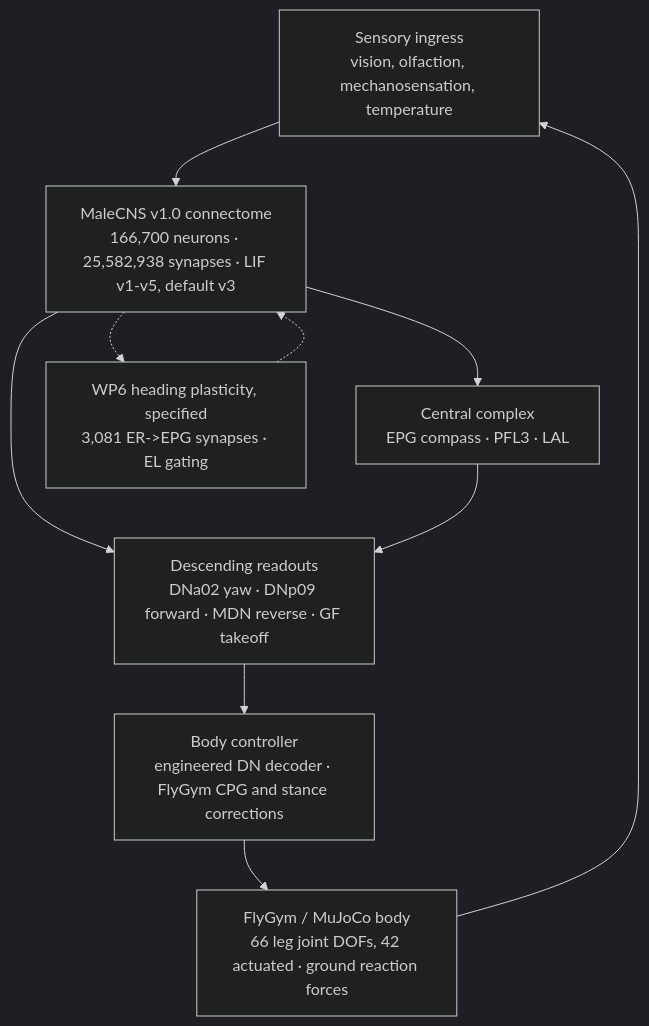
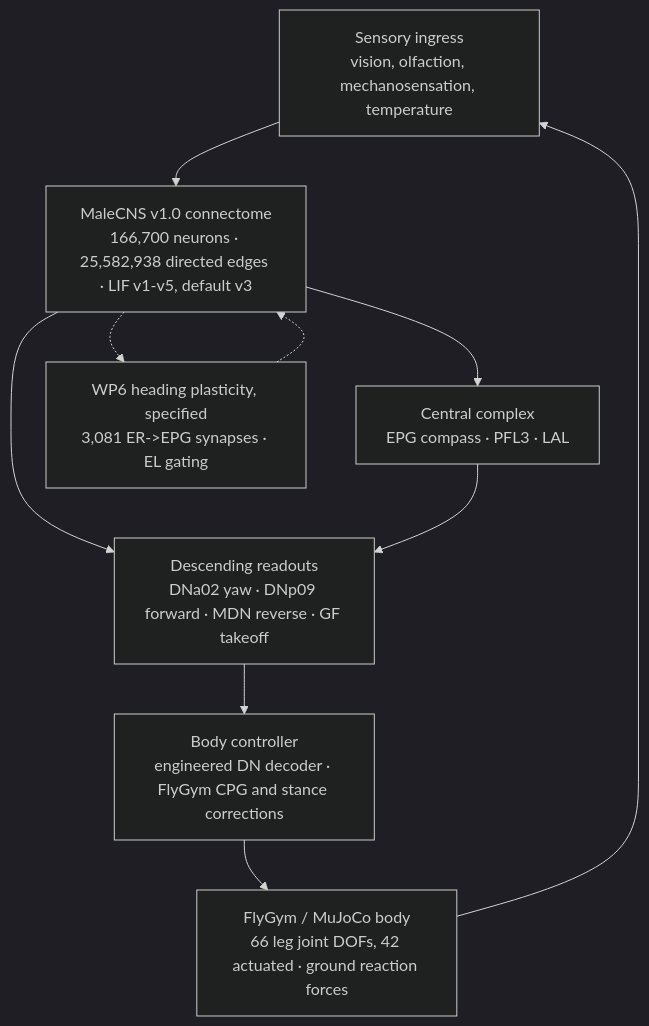
The diagram in README.md (average-user-887/flybrain), drawn with Mermaid (dark theme) before and after one commit. The commit also changed other lines of this file and 10 other files, not shown here.

````diff
--- a/README.md
+++ b/README.md
@@ -42,12 +42,12 @@
 ```mermaid
 graph TD
-    A[Sensory ingress<br/>vision, olfaction, mechanosensation, temperature] --> B[MaleCNS v1.0 connectome<br/>166,700 neurons · 25,582,938 synapses · LIF v1-v5, default v3]
+    A[Sensory ingress<br/>vision, olfaction, mechanosensation, temperature] --> B[MaleCNS v1.0 connectome<br/>166,700 neurons · 25,582,938 directed edges · LIF v1-v5, default v3]
     B --> C[Central complex<br/>EPG compass · PFL3 · LAL]
     B --> D[Descending readouts<br/>DNa02 yaw · DNp09 forward · MDN reverse · GF takeoff]
     C --> D
     D --> E[Body controller<br/>engineered DN decoder · FlyGym CPG and stance corrections]
     E --> F[FlyGym / MuJoCo body<br/>66 leg joint DOFs, 42 actuated · ground reaction forces]
     F --> A
     B -.-> G[WP6 heading plasticity, specified<br/>3,081 ER->EPG synapses · EL gating]
     G -.-> B
 ```
````
